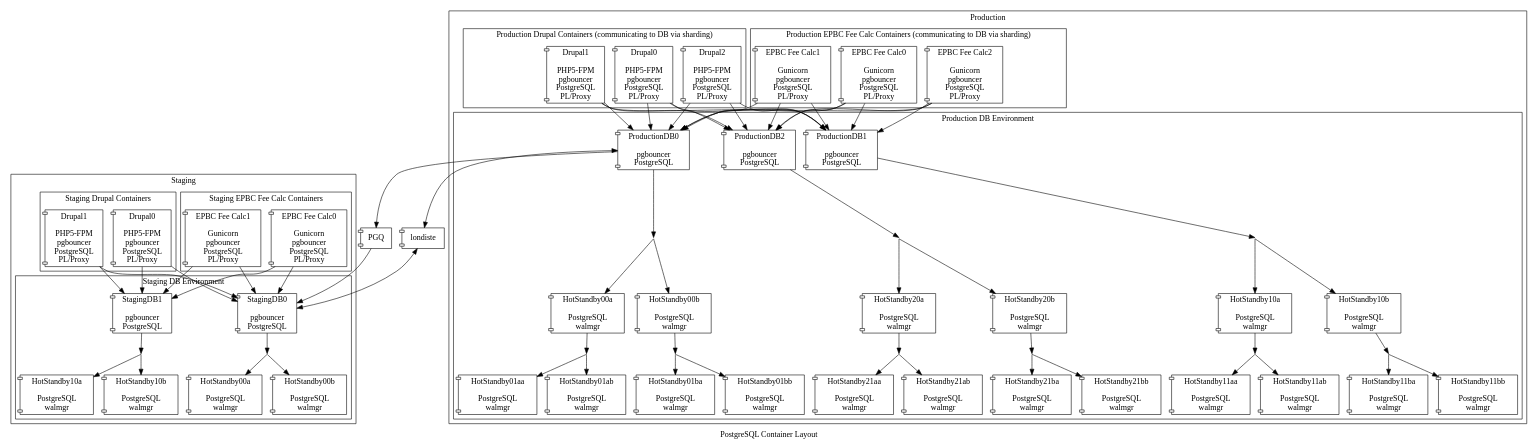
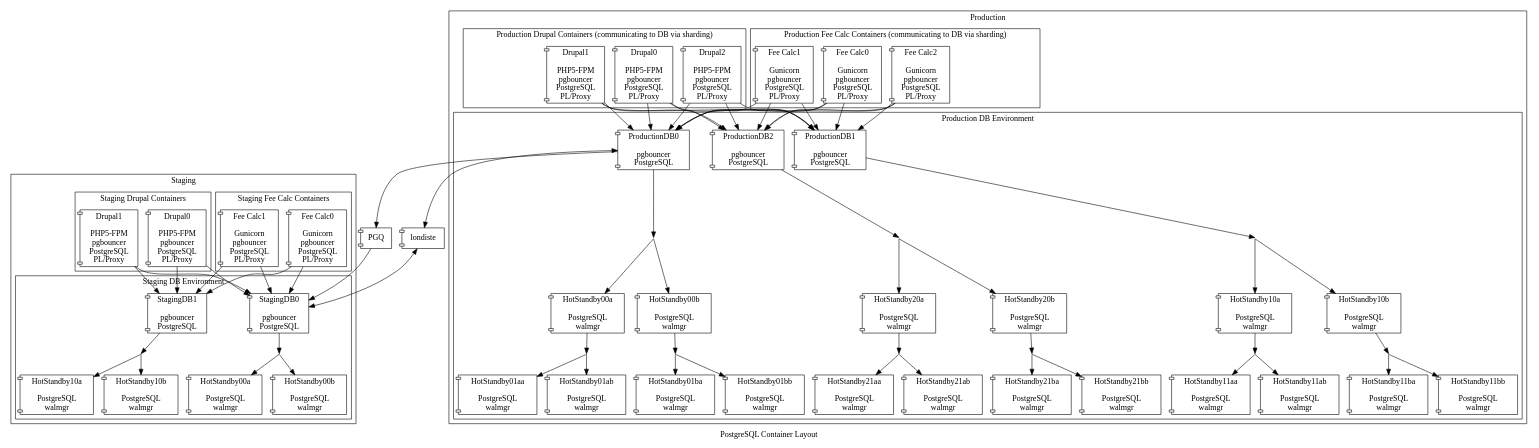
The diagram in doco/postgresql/postgresql-container-layout.dot (STOIE/docker), drawn with Graphviz before and after one commit. The commit also changed 1 other file, not shown here.

```diff
--- a/doco/postgresql/postgresql-container-layout.dot
+++ b/doco/postgresql/postgresql-container-layout.dot
@@ -1,156 +1,156 @@
 digraph d {
     // Sell as stay latest stay greatest (supported on LB infrastructure), not supported and you
     // will be put on a single outdated DB, no patching and be .... in the ....;
     // And if you hold records, the blame is on you if they are lost. (No backups!!!)
     label="PostgreSQL Container Layout";
 
     prodstagpgq [shape=component, label="PGQ"];
     prodstaglondiste [shape=component, label="londiste"];
 
     subgraph cluster_prod {
         label="Production";
         subgraph cluster_prodappcluster0 {
-            label="Production EPBC Fee Calc Containers (communicating to DB via sharding)";
+            label="Production Fee Calc Containers (communicating to DB via sharding)";
             node [shape=component];
-            prodappserver00 [label="EPBC Fee Calc0\n\nGunicorn\npgbouncer\nPostgreSQL\nPL/Proxy"];
-            prodappserver01 [label="EPBC Fee Calc1\n\nGunicorn\npgbouncer\nPostgreSQL\nPL/Proxy"];
-            prodappserver02 [label="EPBC Fee Calc2\n\nGunicorn\npgbouncer\nPostgreSQL\nPL/Proxy"];
+            prodappserver00 [label="Fee Calc0\n\nGunicorn\npgbouncer\nPostgreSQL\nPL/Proxy"];
+            prodappserver01 [label="Fee Calc1\n\nGunicorn\npgbouncer\nPostgreSQL\nPL/Proxy"];
+            prodappserver02 [label="Fee Calc2\n\nGunicorn\npgbouncer\nPostgreSQL\nPL/Proxy"];
         }
         subgraph cluster_prodappcluster1 {
             label="Production Drupal Containers (communicating to DB via sharding)";
             node [shape=component];
             prodappserver10 [label="Drupal0\n\nPHP5-FPM\npgbouncer\nPostgreSQL\nPL/Proxy"];
             prodappserver11 [label="Drupal1\n\nPHP5-FPM\npgbouncer\nPostgreSQL\nPL/Proxy"];
             prodappserver12 [label="Drupal2\n\nPHP5-FPM\npgbouncer\nPostgreSQL\nPL/Proxy"];
         }
         subgraph cluster_prodpgcluster0 {
             label="Production DB Environment";
             node [shape=component];
             prodmaster0 [label="ProductionDB0\n\npgbouncer\nPostgreSQL"];
             prodmaster1 [label="ProductionDB1\n\npgbouncer\nPostgreSQL"];
             prodmaster2 [label="ProductionDB2\n\npgbouncer\nPostgreSQL"];
             prodrepstreaming00 [style="invisible",width=0,height=0,fixedsize=true];
             prodrepstreaming10 [style="invisible",width=0,height=0,fixedsize=true];
             prodrepstreaming20 [style="invisible",width=0,height=0,fixedsize=true];
             prodhot00a [label="HotStandby00a\n\nPostgreSQL\nwalmgr"];
             prodhot10a [label="HotStandby10a\n\nPostgreSQL\nwalmgr"];
             prodhot20a [label="HotStandby20a\n\nPostgreSQL\nwalmgr"];
             prodrepstreaming01a [style="invisible",width=0,height=0,fixedsize=true];
             prodrepstreaming11a [style="invisible",width=0,height=0,fixedsize=true];
             prodrepstreaming21a [style="invisible",width=0,height=0,fixedsize=true];
             prodhot01aa [label="HotStandby01aa\n\nPostgreSQL\nwalmgr"];
             prodhot11aa [label="HotStandby11aa\n\nPostgreSQL\nwalmgr"];
             prodhot21aa [label="HotStandby21aa\n\nPostgreSQL\nwalmgr"];
             prodhot01ab [label="HotStandby01ab\n\nPostgreSQL\nwalmgr"];
             prodhot11ab [label="HotStandby11ab\n\nPostgreSQL\nwalmgr"];
             prodhot21ab [label="HotStandby21ab\n\nPostgreSQL\nwalmgr"];
             prodhot00b [label="HotStandby00b\n\nPostgreSQL\nwalmgr"];
             prodhot10b [label="HotStandby10b\n\nPostgreSQL\nwalmgr"];
             prodhot20b [label="HotStandby20b\n\nPostgreSQL\nwalmgr"];
             prodrepstreaming01b [style="invisible",width=0,height=0,fixedsize=true];
             prodrepstreaming11b [style="invisible",width=0,height=0,fixedsize=true];
             prodrepstreaming21b [style="invisible",width=0,height=0,fixedsize=true];
             prodhot01ba [label="HotStandby01ba\n\nPostgreSQL\nwalmgr"];
             prodhot11ba [label="HotStandby11ba\n\nPostgreSQL\nwalmgr"];
             prodhot21ba [label="HotStandby21ba\n\nPostgreSQL\nwalmgr"];
             prodhot01bb [label="HotStandby01bb\n\nPostgreSQL\nwalmgr"];
             prodhot11bb [label="HotStandby11bb\n\nPostgreSQL\nwalmgr"];
             prodhot21bb [label="HotStandby21bb\n\nPostgreSQL\nwalmgr"];
 
             prodmaster0 -> prodrepstreaming00;
             prodmaster1 -> prodrepstreaming10;
             prodmaster2 -> prodrepstreaming20;
             prodrepstreaming00 -> prodhot00a -> prodrepstreaming01a;
             prodrepstreaming10 -> prodhot10a -> prodrepstreaming11a;
             prodrepstreaming20 -> prodhot20a -> prodrepstreaming21a;
             prodrepstreaming00 -> prodhot00b -> prodrepstreaming01b;
             prodrepstreaming10 -> prodhot10b -> prodrepstreaming11b;
             prodrepstreaming20 -> prodhot20b -> prodrepstreaming21b;
             prodrepstreaming01a -> prodhot01aa;
             prodrepstreaming11a -> prodhot11aa;
             prodrepstreaming21a -> prodhot21aa;
             prodrepstreaming01a -> prodhot01ab;
             prodrepstreaming11a -> prodhot11ab;
             prodrepstreaming21a -> prodhot21ab;
             prodrepstreaming01b -> prodhot01ba;
             prodrepstreaming11b -> prodhot11ba;
             prodrepstreaming21b -> prodhot21ba;
             prodrepstreaming01b -> prodhot01bb;
             prodrepstreaming11b -> prodhot11bb;
             prodrepstreaming21b -> prodhot21bb;
 
         }
 
         prodappserver00 -> prodmaster0;
         prodappserver00 -> prodmaster1;
         prodappserver00 -> prodmaster2;
         prodappserver01 -> prodmaster0;
         prodappserver01 -> prodmaster1;
         prodappserver01 -> prodmaster2;
         prodappserver02 -> prodmaster0;
         prodappserver02 -> prodmaster1;
         prodappserver02 -> prodmaster2;
 
         prodappserver10 -> prodmaster0;
         prodappserver10 -> prodmaster1;
         prodappserver10 -> prodmaster2;
         prodappserver11 -> prodmaster0;
         prodappserver11 -> prodmaster1;
         prodappserver11 -> prodmaster2;
         prodappserver12 -> prodmaster0;
         prodappserver12 -> prodmaster1;
         prodappserver12 -> prodmaster2;
 
     }
 
     subgraph cluster_staging {
         label="Staging";
         subgraph cluster_stagappcluster0 {
-            label="Staging EPBC Fee Calc Containers";
+            label="Staging Fee Calc Containers";
             node [shape=component];
-            stagappserver00 [label="EPBC Fee Calc0\n\nGunicorn\npgbouncer\nPostgreSQL\nPL/Proxy"];
-            stagappserver01 [label="EPBC Fee Calc1\n\nGunicorn\npgbouncer\nPostgreSQL\nPL/Proxy"];
+            stagappserver00 [label="Fee Calc0\n\nGunicorn\npgbouncer\nPostgreSQL\nPL/Proxy"];
+            stagappserver01 [label="Fee Calc1\n\nGunicorn\npgbouncer\nPostgreSQL\nPL/Proxy"];
         }
         subgraph cluster_stagappcluster1 {
             label="Staging Drupal Containers";
             node [shape=component];
             stagappserver10 [label="Drupal0\n\nPHP5-FPM\npgbouncer\nPostgreSQL\nPL/Proxy"];
             stagappserver11 [label="Drupal1\n\nPHP5-FPM\npgbouncer\nPostgreSQL\nPL/Proxy"];
         }
         subgraph cluster_stagpgcluster0 {
             label="Staging DB Environment";
             node [shape=component];
             stagmaster0 [label="StagingDB0\n\npgbouncer\nPostgreSQL"];
             stagmaster1 [label="StagingDB1\n\npgbouncer\nPostgreSQL"];
             stagrepstreaming00 [style="invisible",width=0,height=0,fixedsize=true];
             stagrepstreaming10 [style="invisible",width=0,height=0,fixedsize=true];
             staghot00a [label="HotStandby00a\n\nPostgreSQL\nwalmgr"];
             staghot10a [label="HotStandby10a\n\nPostgreSQL\nwalmgr"];
             staghot00b [label="HotStandby00b\n\nPostgreSQL\nwalmgr"];
             staghot10b [label="HotStandby10b\n\nPostgreSQL\nwalmgr"];
 
             stagmaster0 -> stagrepstreaming00;
             stagmaster1 -> stagrepstreaming10;
             stagrepstreaming00 -> staghot00a;
             stagrepstreaming10 -> staghot10a;
             stagrepstreaming00 -> staghot00b;
             stagrepstreaming10 -> staghot10b;
 
         }
 
         stagappserver00 -> stagmaster0;
         stagappserver00 -> stagmaster1;
         stagappserver01 -> stagmaster0;
         stagappserver01 -> stagmaster1;
 
         stagappserver10 -> stagmaster0;
         stagappserver10 -> stagmaster1;
         stagappserver11 -> stagmaster0;
         stagappserver11 -> stagmaster1;
 
     }
 
     prodmaster0 -> prodstagpgq -> stagmaster0;
     prodmaster0 -> prodstaglondiste -> stagmaster0 [dir="both"];
 
 }
```
